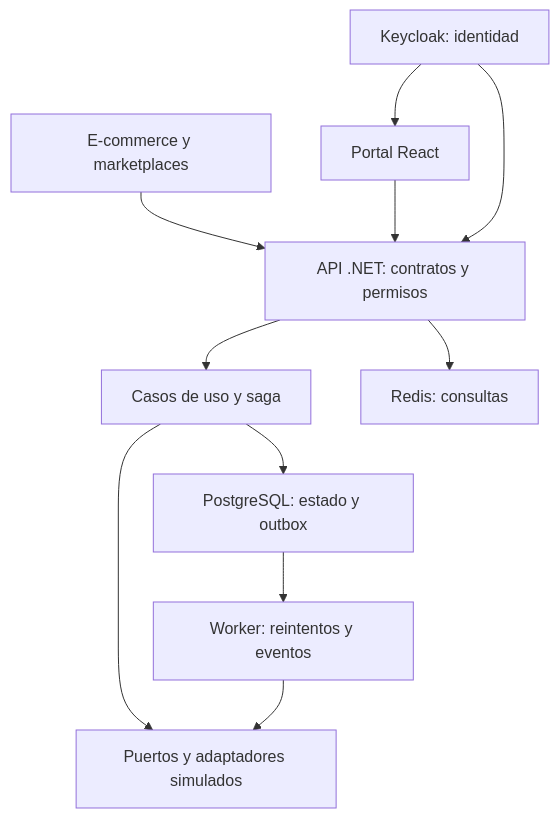
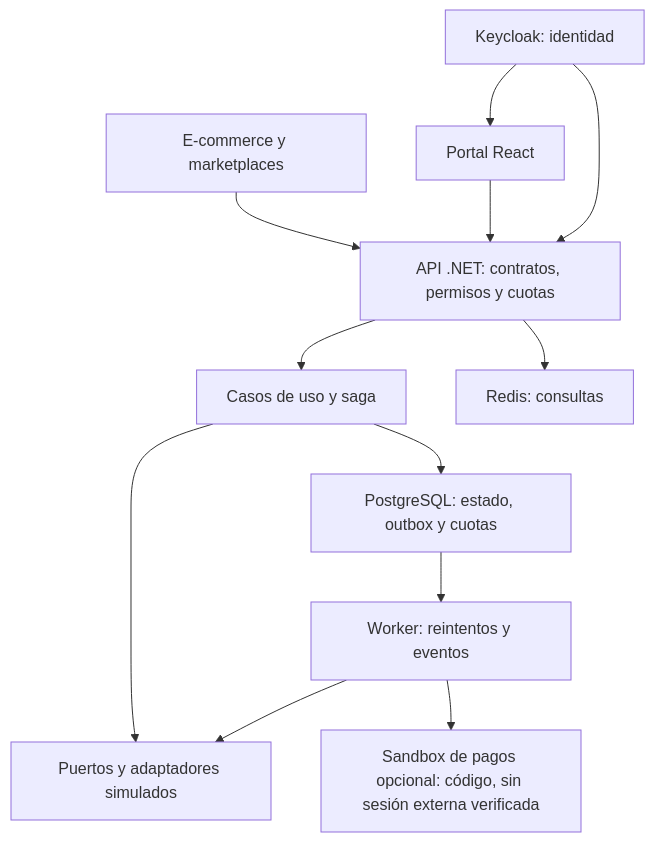
One commit to Arukado01/vortexbird-documentation changed the diagram in diagrams/01-architecture.mmd. Above: the diagram before and after it, drawn with Mermaid. The commit also changed 25 other files, not shown here.

```diff
--- a/diagrams/01-architecture.mmd
+++ b/diagrams/01-architecture.mmd
@@ -1,11 +1,12 @@
 flowchart TD
-  channels["E-commerce y marketplaces"] --> api["API .NET: contratos y permisos"]
+  channels["E-commerce y marketplaces"] --> api["API .NET: contratos, permisos y cuotas"]
   portal["Portal React"] --> api
   identity["Keycloak: identidad"] --> portal
   identity --> api
   api --> core["Casos de uso y saga"]
-  core --> db["PostgreSQL: estado y outbox"]
+  core --> db["PostgreSQL: estado, outbox y cuotas"]
   core --> adapters["Puertos y adaptadores simulados"]
   api --> cache["Redis: consultas"]
   db --> worker["Worker: reintentos y eventos"]
   worker --> adapters
+  worker --> payments["Sandbox de pagos opcional: código, sin sesión externa verificada"]
```
